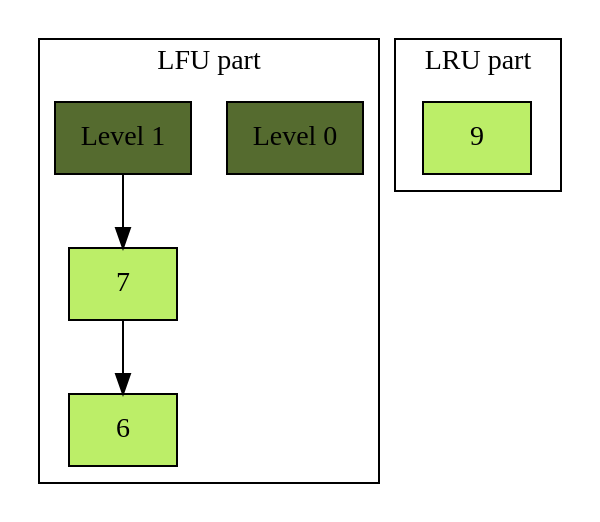
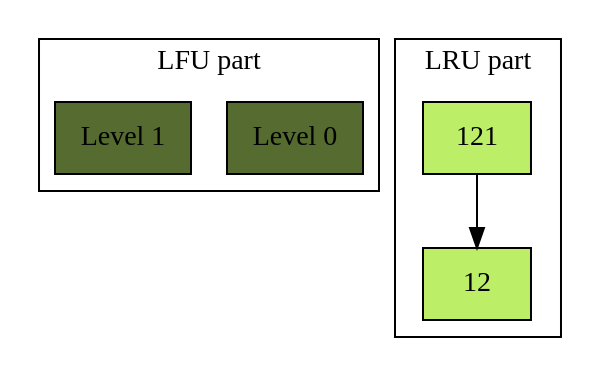
One commit to greggregbean/cache changed the diagram in graph.dot. Above: the diagram before and after it, drawn with Graphviz. The commit also changed 2 other files, not shown here.

```diff
--- a/graph.dot
+++ b/graph.dot
@@ -1,19 +1,16 @@
 digraph {
     subgraph cluster_lfu {
         node [shape=record, fillcolor = darkolivegreen2, style = filled ]
         label = "LFU part";
         Level_0[ fillcolor = darkolivegreen, label = "Level 0"] 
         Level_1[ fillcolor = darkolivegreen, label = "Level 1"] 
-        7 [ label = " 7 "] 
-        6 [ label = " 6 "] 
-        7 -> 6; 
-        Level_1 -> 7; 
-
     }
     subgraph cluster_lru {
         node [shape=record, fillcolor = darkolivegreen2, style = filled ]
         label = "LRU part";
-        9 [ label = " 9 "] 
+        121 [ label = " 121 "] 
+        12 [ label = " 12 "] 
+        121 -> 12; 
     }
 
 }
```
